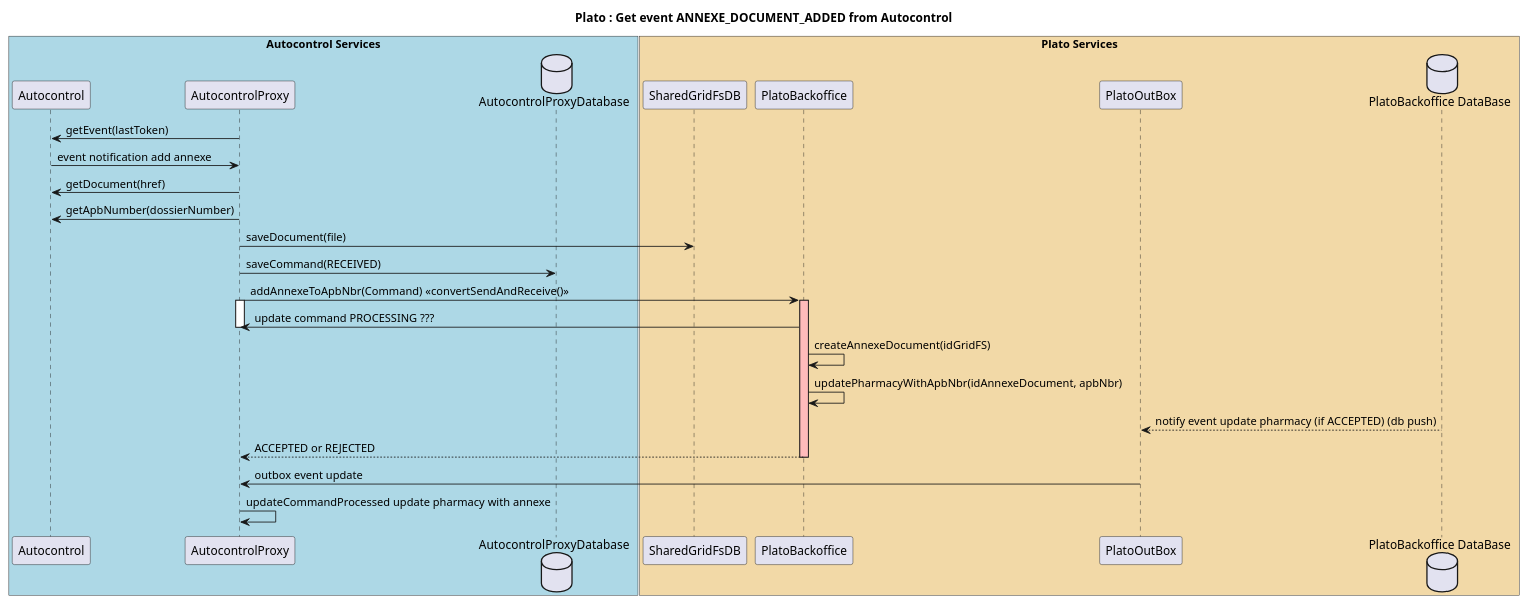
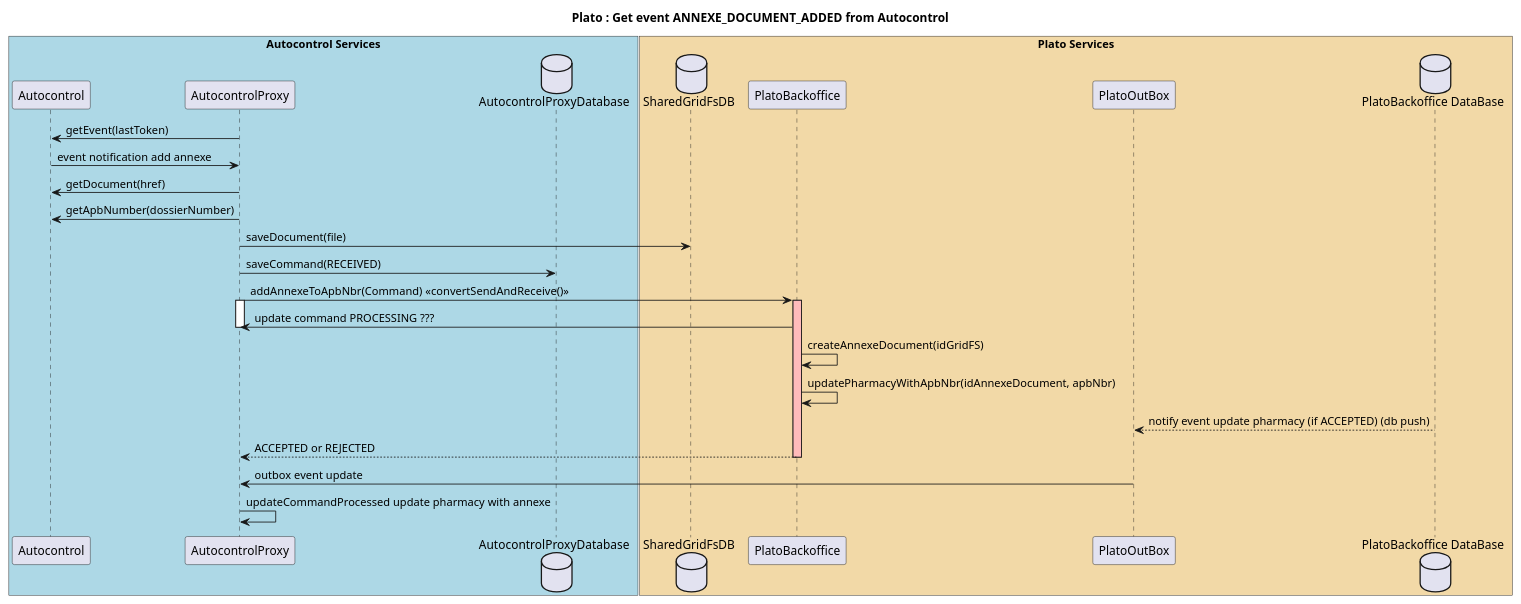
Before and after one commit to jv-it-io/archi-documentation: the diagram in src/docs/asciidoc/architecture/plantuml/annexe_autocontrolToPlato.puml, drawn with PlantUML.

Commit message:
Update diagrams for event annexedocumentadded

```diff
--- a/src/docs/asciidoc/architecture/plantuml/annexe_autocontrolToPlato.puml
+++ b/src/docs/asciidoc/architecture/plantuml/annexe_autocontrolToPlato.puml
@@ -1,45 +1,45 @@
 @startuml
 title Plato : Get event ANNEXE_DOCUMENT_ADDED from Autocontrol
 
 box "Autocontrol Services" #LightBlue
 participant Autocontrol
 participant AutocontrolProxy
 database AutocontrolProxyDatabase
 end box
 
 box "Plato Services" #f2d9a7
-participant SharedGridFsDB
+database SharedGridFsDB
 participant PlatoBackoffice
 participant PlatoOutBox
 database "PlatoBackoffice DataBase"
 end box
 Autocontrol <- AutocontrolProxy: getEvent(lastToken)
 Autocontrol -> AutocontrolProxy: event notification add annexe
 Autocontrol <- AutocontrolProxy: getDocument(href)
 Autocontrol <- AutocontrolProxy: getApbNumber(dossierNumber)
 AutocontrolProxy -> SharedGridFsDB: saveDocument(file)
 AutocontrolProxy -> AutocontrolProxyDatabase: saveCommand(RECEIVED)
 
 
 AutocontrolProxy -> PlatoBackoffice: addAnnexeToApbNbr(Command) <<convertSendAndReceive()>>
 activate AutocontrolProxy
     activate PlatoBackoffice #FFBBBB
     PlatoBackoffice -> AutocontrolProxy: update command PROCESSING ???
 
 deactivate AutocontrolProxy
 
 
     PlatoBackoffice -> PlatoBackoffice: createAnnexeDocument(idGridFS)
     PlatoBackoffice -> PlatoBackoffice: updatePharmacyWithApbNbr(idAnnexeDocument, apbNbr)
     PlatoOutBox <-- "PlatoBackoffice DataBase" : notify event update pharmacy (if ACCEPTED) (db push)
     return ACCEPTED or REJECTED
     deactivate PlatoBackoffice
 
 PlatoOutBox -> AutocontrolProxy: outbox event update
 
 AutocontrolProxy -> AutocontrolProxy : updateCommandProcessed update pharmacy with annexe
 
 
 
 
 @enduml
```
